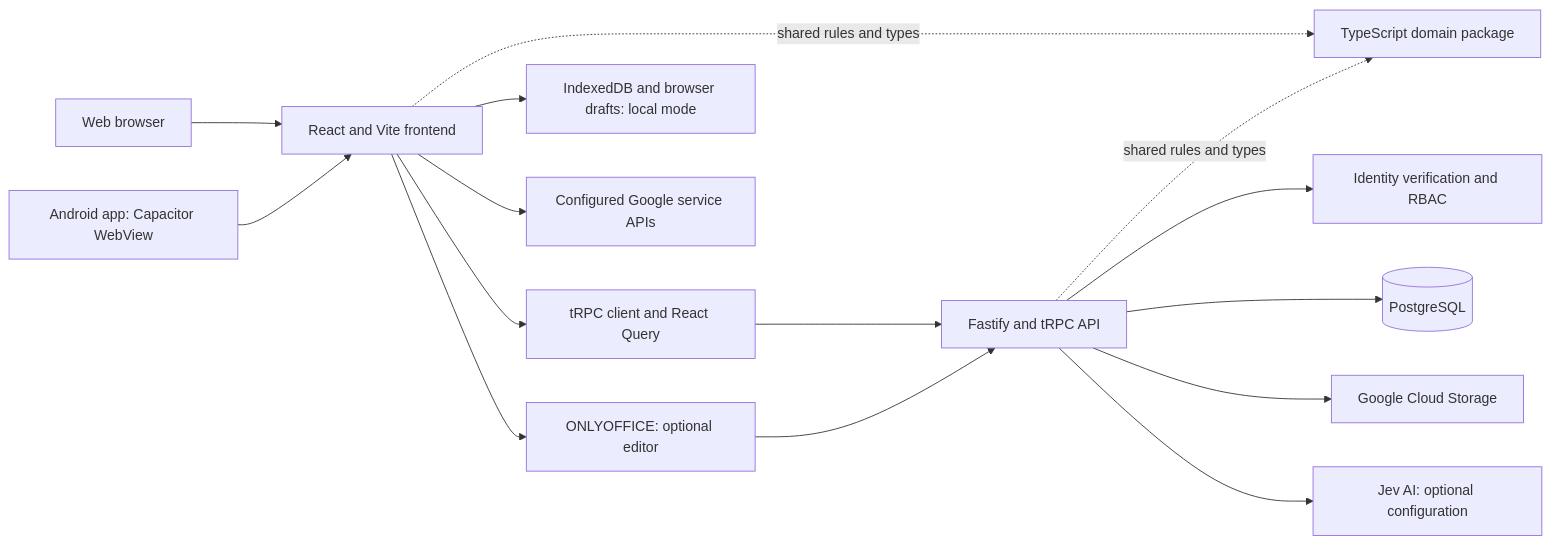
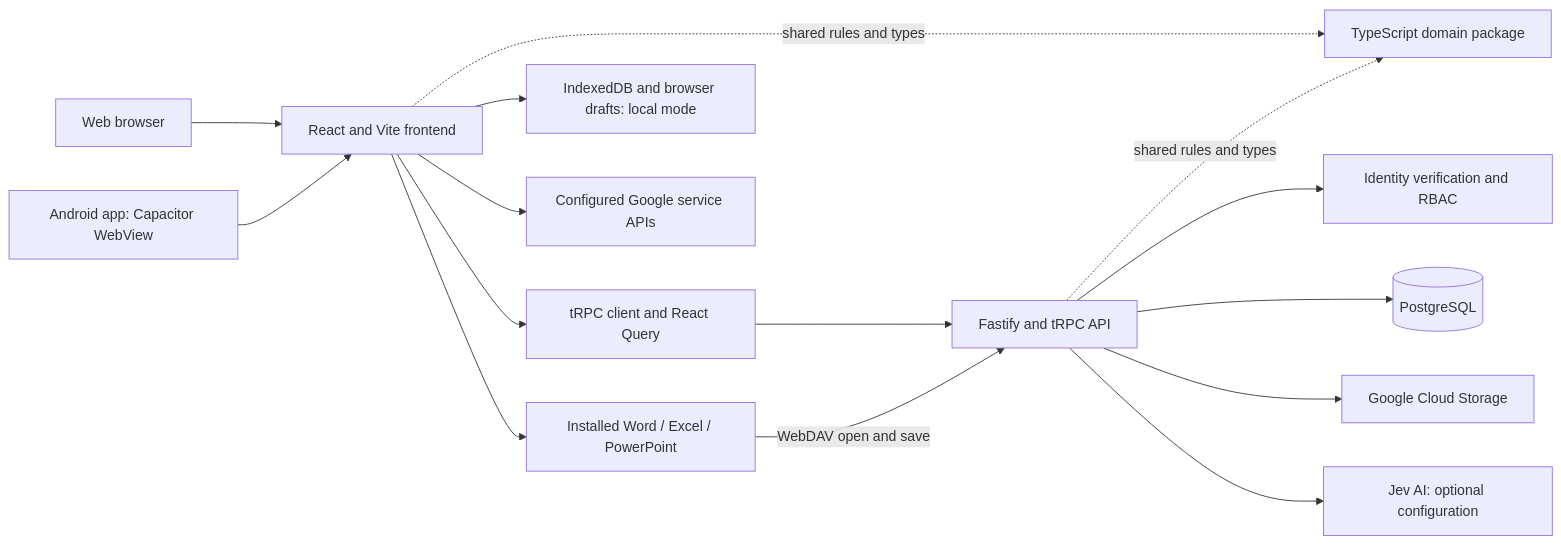
The first of 4 diagrams in project information/Line diagram.md (rajas-stack/goms), drawn with Mermaid before and after one commit. The commit also changed other lines of this file and 59 other files, not shown here.

````diff
--- a/project information/Line diagram.md
+++ b/project information/Line diagram.md
@@ -7,17 +7,17 @@
 ```mermaid
 flowchart LR
     Browser[Web browser] --> UI[React and Vite frontend]
     Android[Android app: Capacitor WebView] --> UI
     UI --> Client[tRPC client and React Query]
     Client --> API[Fastify and tRPC API]
     UI --> Local[IndexedDB and browser drafts: local mode]
     UI -. shared rules and types .-> Domain[TypeScript domain package]
     API -. shared rules and types .-> Domain
     API --> Auth[Identity verification and RBAC]
     API --> DB[(PostgreSQL)]
     UI --> Google[Configured Google service APIs]
     API --> Storage[Google Cloud Storage]
     API --> AI[Jev AI: optional configuration]
-    UI --> Docs[ONLYOFFICE: optional editor]
-    Docs --> API
+    UI --> Docs[Installed Word / Excel / PowerPoint]
+    Docs -- WebDAV open and save --> API
 ```
````
